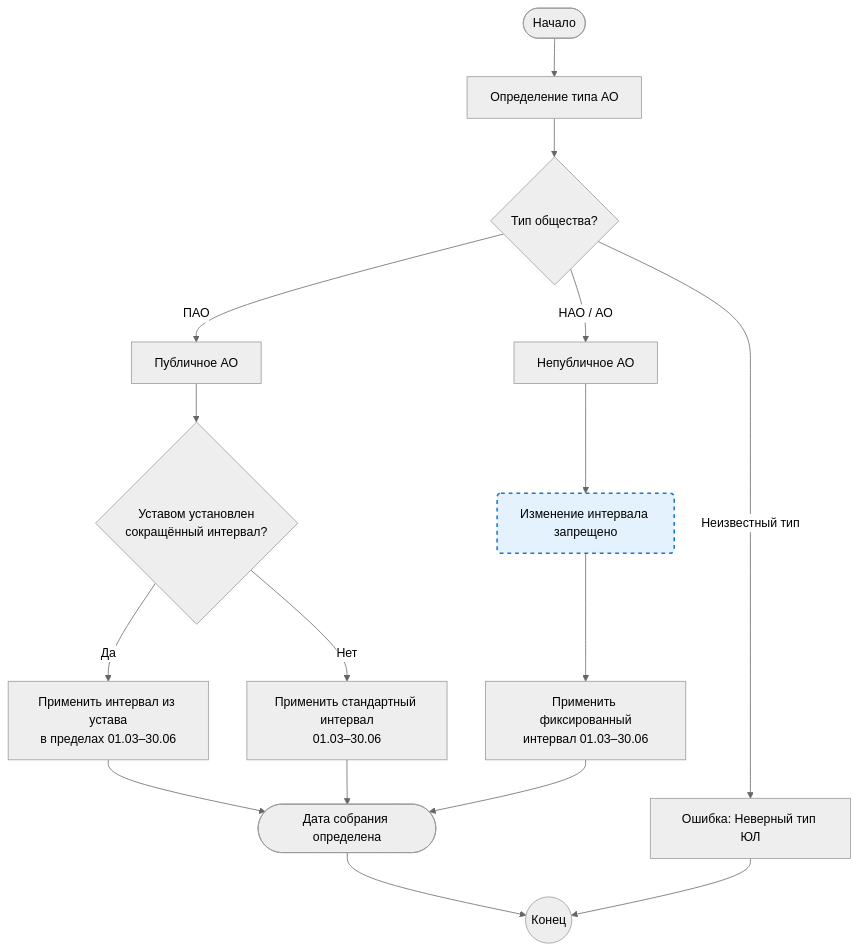
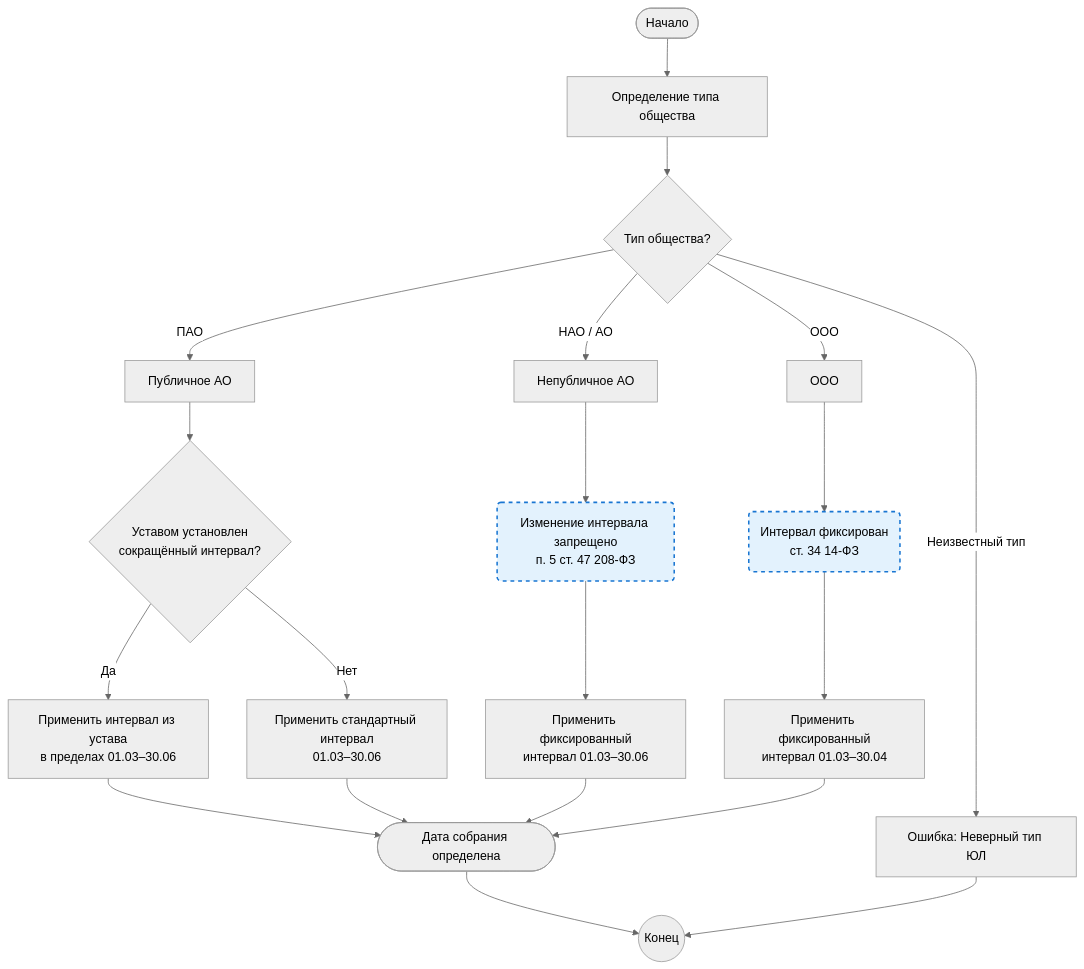
One commit to arsenyuk/SamorodinkaTech.Fiducia changed the diagram in docs/business-processes/gosa-window.md. Above: the diagram before and after it, drawn with Mermaid (neutral theme). The commit also changed other lines of this file and 1 other file, not shown here.

Commit message:
docs(gosa): добавить ООСУ и ООО в документацию бизнес-процесса и user-stories

````diff
--- a/docs/business-processes/gosa-window.md
+++ b/docs/business-processes/gosa-window.md
@@ -44,41 +49,50 @@
 ```mermaid
 flowchart TD
-    Start([Начало]) --> A[Определение типа АО]
+    Start([Начало]) --> A[Определение типа общества]
 
     A --> B{Тип общества?}
 
     B -->|ПАО| C[Публичное АО]
     C --> D{Уставом установлен<br>сокращённый интервал?}
     D -->|Да| E[Применить интервал из устава<br>в пределах 01.03–30.06]
     D -->|Нет| F[Применить стандартный интервал<br>01.03–30.06]
 
     B -->| НАО / АО| G[Непубличное АО]
-    G --> H[Изменение интервала запрещено]
+    G --> H[Изменение интервала запрещено<br>п. 5 ст. 47 208-ФЗ]
     H --> I[Применить фиксированный<br>интервал 01.03–30.06]
+
+    B -->| ООО| L[ООО]
+    L --> M[Интервал фиксирован<br>ст. 34 14-ФЗ]
+    M --> N[Применить фиксированный<br>интервал 01.03–30.04]
 
     B -->|Неизвестный тип| J[Ошибка: Неверный тип ЮЛ]
 
     E --> K[Дата собрания определена]
     F --> K
     I --> K
+    N --> K
     K --> Stop([Конец])
     J --> Stop
 
     %% Явное задание форм (синтаксис Mermaid)
     Start@{ shape: stadium, label: "Начало" }
-    A@{ shape: rect, label: "Определение типа АО" }
+    A@{ shape: rect, label: "Определение типа общества" }
     B@{ shape: diamond, label: "Тип общества?" }
     C@{ shape: rect, label: "Публичное АО" }
     D@{ shape: diamond, label: "Уставом установлен\nсокращённый интервал?" }
     E@{ shape: rect, label: "Применить интервал из устава\nв пределах 01.03–30.06" }
     F@{ shape: rect, label: "Применить стандартный интервал\n01.03–30.06" }
     G@{ shape: rect, label: "Непубличное АО" }
-    H@{ shape: rounded, label: "Изменение интервала запрещено" }
+    H@{ shape: rounded, label: "Изменение интервала запрещено\nп. 5 ст. 47 208-ФЗ" }
     I@{ shape: rect, label: "Применить фиксированный\nинтервал 01.03–30.06" }
+    L@{ shape: rect, label: "ООО" }
+    M@{ shape: rounded, label: "Интервал фиксирован\nст. 34 14-ФЗ" }
+    N@{ shape: rect, label: "Применить фиксированный\nинтервал 01.03–30.04" }
     J@{ shape: rect, label: "Ошибка: Неверный тип ЮЛ" }
     K@{ shape: stadium, label: "Дата собрания определена" }
     Stop@{ shape: circle, label: "Конец" }
 
     %% Стилизация
   style H fill:#e3f2fd,stroke:#1976d2,stroke-width:2px,stroke-dasharray: 5 5
+  style M fill:#e3f2fd,stroke:#1976d2,stroke-width:2px,stroke-dasharray: 5 5
 ```
````
